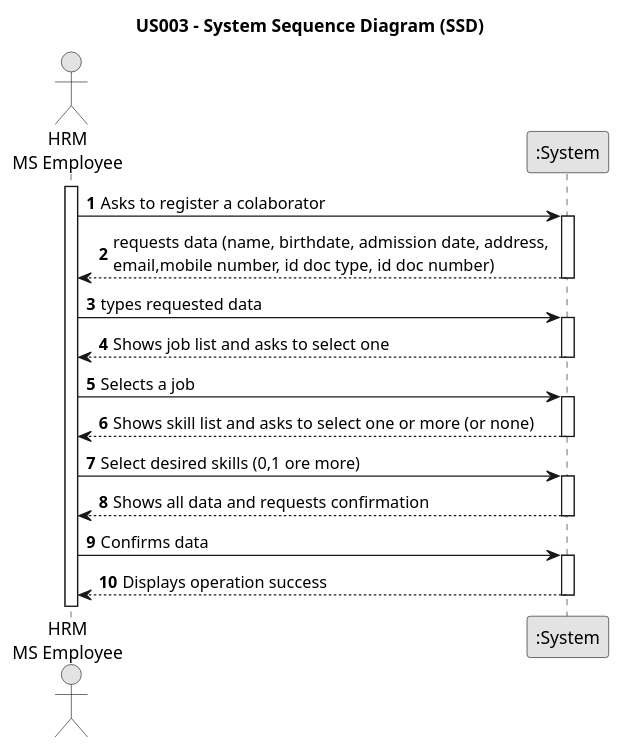
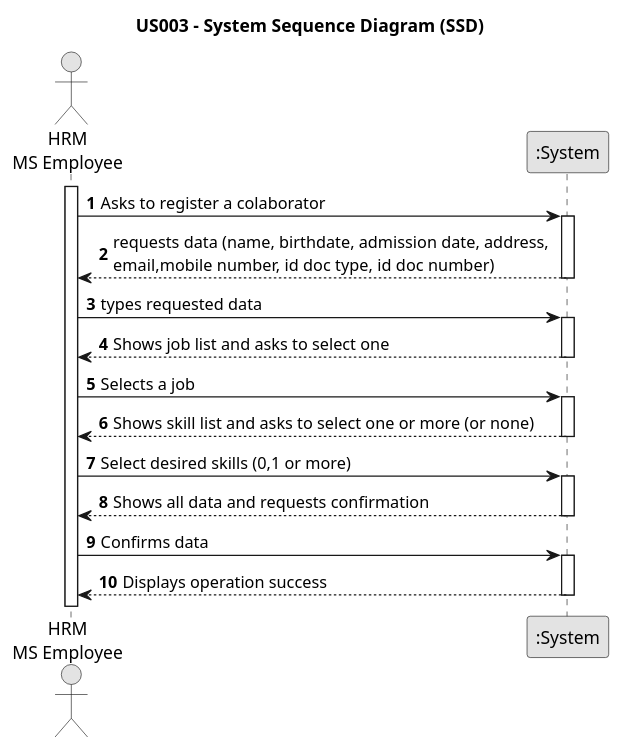
Before and after one commit to Rui-San/LAPR2_2023_2024: the diagram in docs/sprintA/us003/01.requirements-engineering/puml/us003-system-sequence-diagram.puml, drawn with PlantUML. The commit also changed 1 other file, not shown here.

```diff
--- a/docs/sprintA/us003/01.requirements-engineering/puml/us003-system-sequence-diagram.puml
+++ b/docs/sprintA/us003/01.requirements-engineering/puml/us003-system-sequence-diagram.puml
@@ -1,50 +1,50 @@
 @startuml
 skinparam monochrome true
 skinparam packageStyle rectangle
 skinparam shadowing false
 
 title US003 - System Sequence Diagram (SSD)
 
 autonumber
 
 actor "HRM\nMS Employee" as Employee
 participant ":System" as System
 
 activate Employee
 
     Employee -> System : Asks to register a colaborator
 
     activate System
 
         System --> Employee : requests data (name, birthdate, admission date, address, \nemail,mobile number, id doc type, id doc number)
     deactivate System
 
     Employee -> System : types requested data
 
     activate System
 
         System --> Employee : Shows job list and asks to select one
     deactivate System
 
     Employee -> System : Selects a job
 
     activate System
 
         System --> Employee : Shows skill list and asks to select one or more (or none)
     deactivate System
 
-    Employee -> System : Select desired skills (0,1 ore more)
+    Employee -> System : Select desired skills (0,1 or more)
 
     activate System
 
         System --> Employee : Shows all data and requests confirmation
     deactivate System
 
     Employee -> System : Confirms data
 
     activate System
 
         System --> Employee : Displays operation success
     deactivate System
 
 @enduml
```
